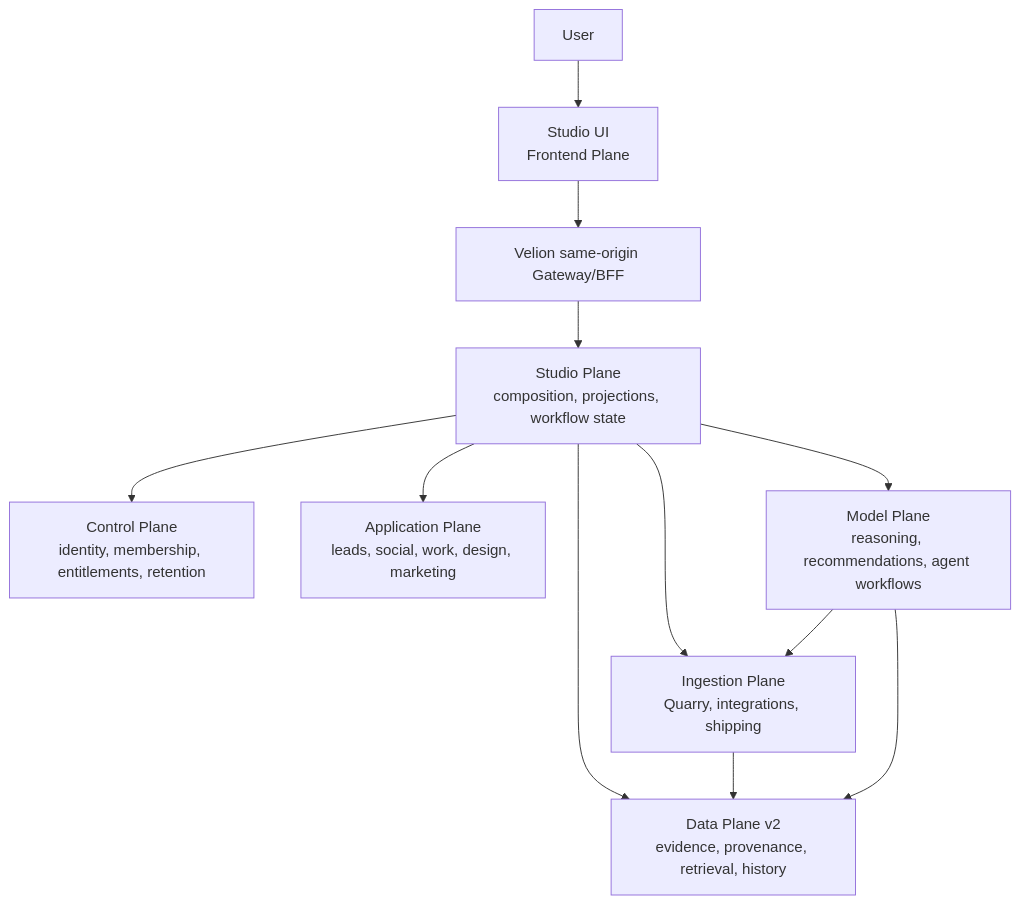
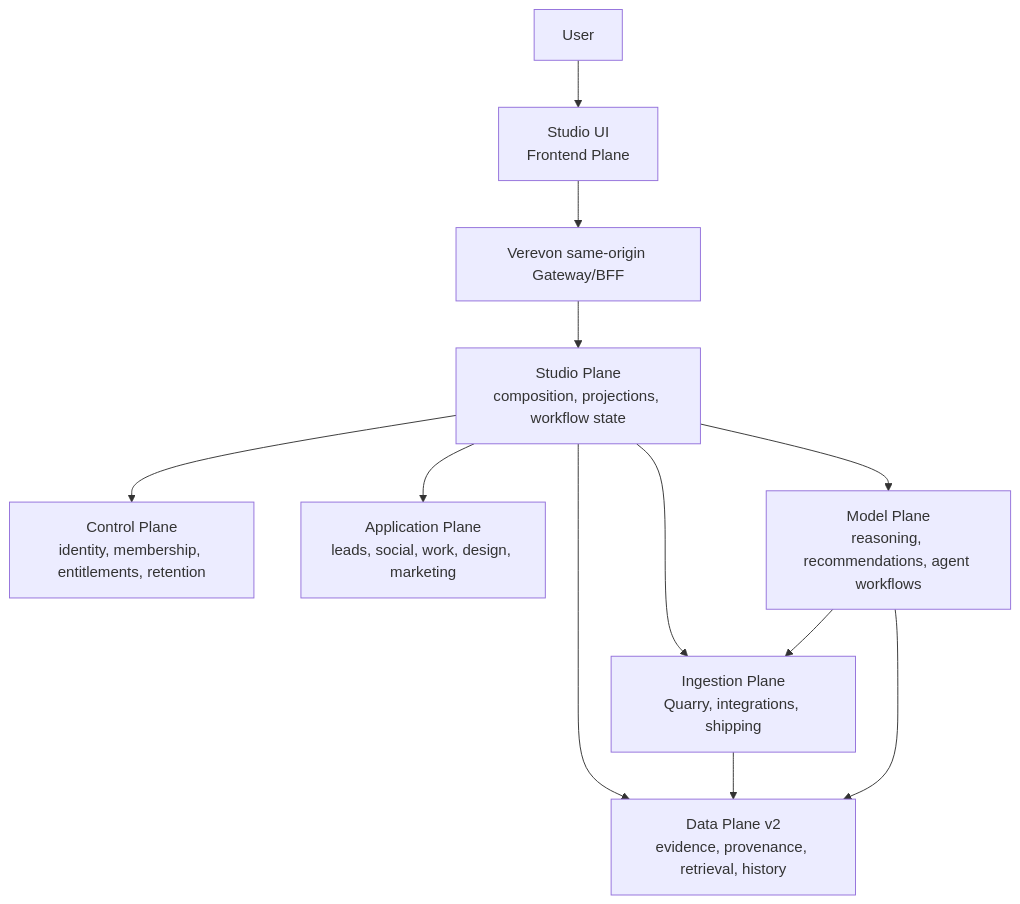
One commit to nisjety/CoreSystems changed the first of 2 diagrams in apps/Studio Plane/README.md. Above: the diagram before and after it, drawn with Mermaid. The commit also changed other lines of this file and 2447 other files, not shown here.

First line of the commit message:
refactor: rename Velion to Verevon across the monorepo

````diff
--- a/apps/Studio Plane/README.md
+++ b/apps/Studio Plane/README.md
@@ -62,16 +62,16 @@
 ```mermaid
 flowchart TB
     User["User"] --> UI["Studio UI<br/>Frontend Plane"]
-    UI --> Gateway["Velion same-origin Gateway/BFF"]
+    UI --> Gateway["Verevon same-origin Gateway/BFF"]
     Gateway --> Studio["Studio Plane<br/>composition, projections, workflow state"]
 
     Studio --> Control["Control Plane<br/>identity, membership, entitlements, retention"]
     Studio --> Application["Application Plane<br/>leads, social, work, design, marketing"]
     Studio --> Ingestion["Ingestion Plane<br/>Quarry, integrations, shipping"]
     Studio --> Model["Model Plane<br/>reasoning, recommendations, agent workflows"]
     Studio --> Data["Data Plane v2<br/>evidence, provenance, retrieval, history"]
 
     Ingestion --> Data
     Model --> Ingestion
     Model --> Data
 ```
````
